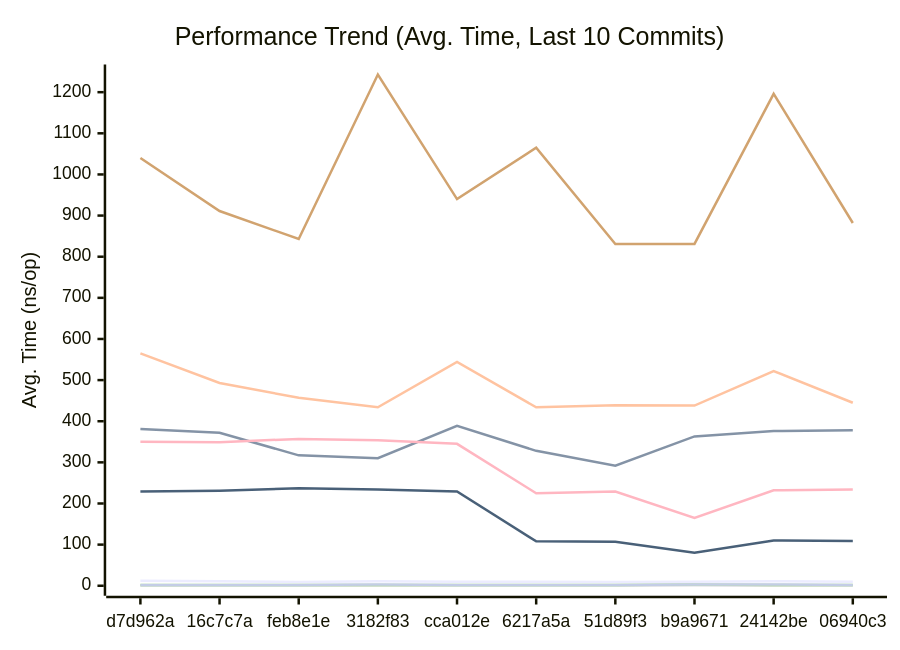
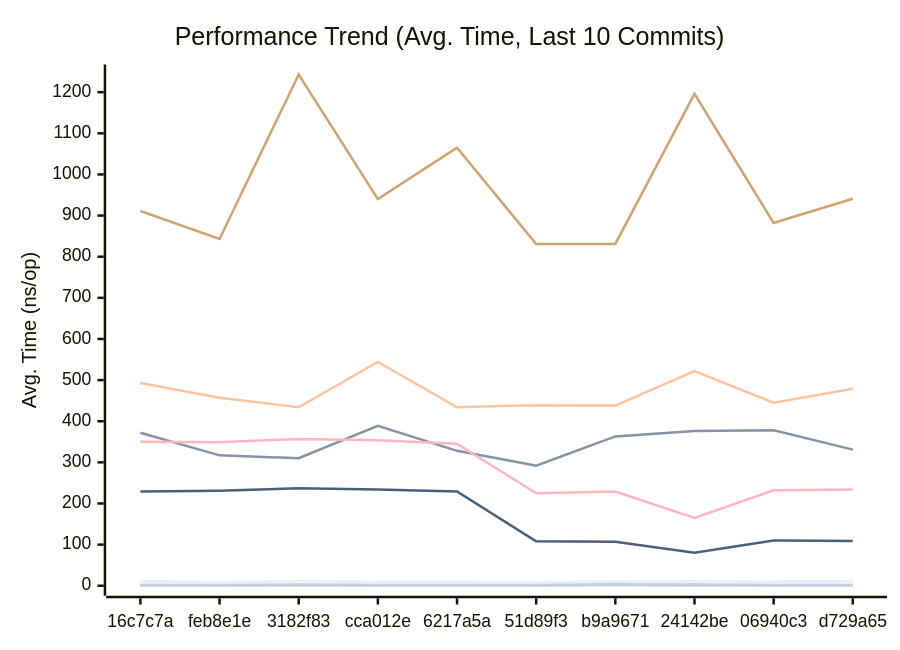
One commit to alsotoes/momo changed the first of 3 diagrams in docs/PERFORMANCE.md. Above: the diagram before and after it, drawn with Mermaid. The commit also changed other lines of this file and 10 other files, not shown here.

````diff
--- a/docs/PERFORMANCE.md
+++ b/docs/PERFORMANCE.md
@@ -80,16 +80,16 @@
 ```mermaid
 xychart-beta
     title "Performance Trend (Avg. Time, Last 10 Commits)"
     x-axis "Commit"
     y-axis "Avg. Time (ns/op)"
-    x-axis [d7d962a,16c7c7a,feb8e1e,3182f83,cca012e,6217a5a,51d89f3,b9a9671,24142be,06940c3]
-    line "CheckMetricsAndSwap" [12,11,9,11,10,10,9,10,11,10]
-    line "CrushOptimized" [381,372,317,310,389,328,292,363,376,378]
-    line "CrushOriginal" [565,493,457,434,544,434,439,438,522,445]
-    line "IndexDirectTracking" [0,0,0,0,0,0,0,1,0,0]
-    line "IndexSearch" [2,2,2,2,2,2,2,3,2,2]
-    line "LoadGlobalConfig" [1040,911,843,1243,940,1065,831,831,1196,882]
-    line "PadString" [2,2,2,3,2,2,2,3,3,2]
+    x-axis [16c7c7a,feb8e1e,3182f83,cca012e,6217a5a,51d89f3,b9a9671,24142be,06940c3,d729a65]
+    line "CheckMetricsAndSwap" [11,9,11,10,10,9,10,11,10,11]
+    line "CrushOptimized" [372,317,310,389,328,292,363,376,378,331]
+    line "CrushOriginal" [493,457,434,544,434,439,438,522,445,479]
+    line "IndexDirectTracking" [0,0,0,0,0,0,1,0,0,0]
+    line "IndexSearch" [2,2,2,2,2,2,3,2,2,2]
+    line "LoadGlobalConfig" [911,843,1243,940,1065,831,831,1196,882,941]
+    line "PadString" [2,2,3,2,2,2,3,3,2,2]
     line "ParseReplicationOrder_NoPrealloc" [350,349,357,354,345,225,229,165,232,234]
     line "ParseReplicationOrder_Prealloc" [229,231,237,234,229,108,107,80,110,109]
 ```
````
